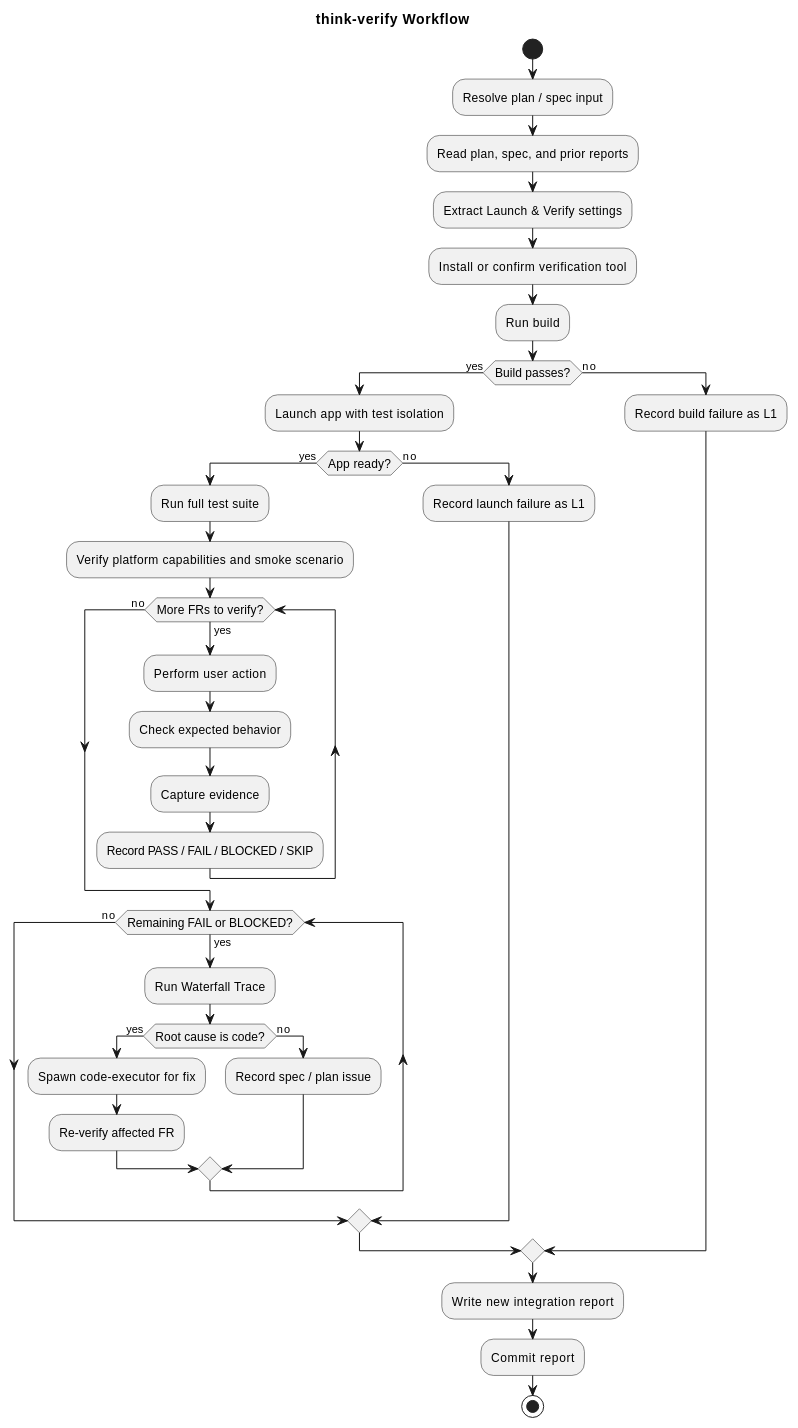
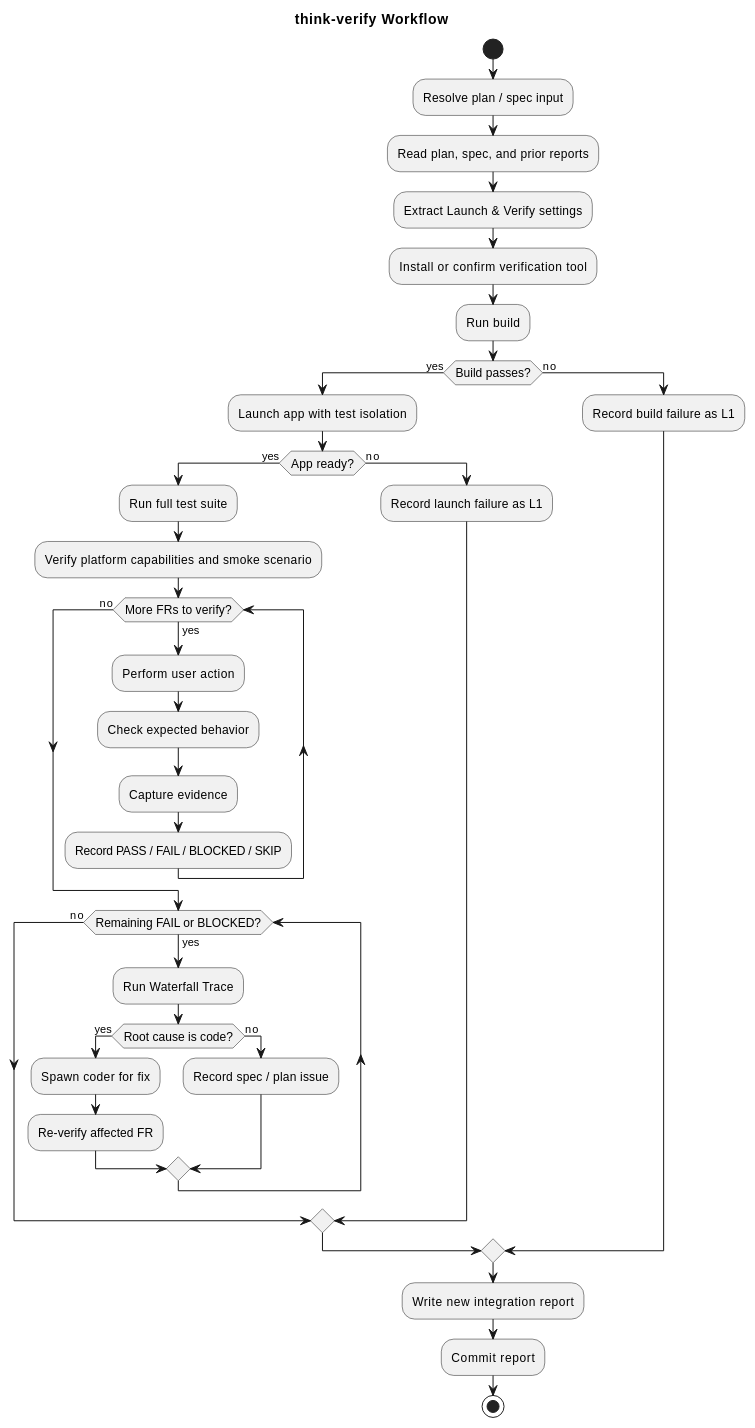
Before and after one commit to studykit/studykit-marketplace: the diagram in plugins/think/skills/think-verify/README.md, drawn with PlantUML. The commit also changed 9 other files, not shown here.

First line of the commit message:
refactor(think): rename code-executor agent to coder

````diff
--- a/plugins/think/skills/think-verify/README.md
+++ b/plugins/think/skills/think-verify/README.md
@@ -7,46 +7,46 @@
 ```plantuml
 @startuml think-verify-workflow
 title think-verify Workflow
 skinparam activityFontSize 12
 
 start
 :Resolve plan / spec input;
 :Read plan, spec, and prior reports;
 :Extract Launch & Verify settings;
 :Install or confirm verification tool;
 
 :Run build;
 if (Build passes?) then (yes)
   :Launch app with test isolation;
   if (App ready?) then (yes)
     :Run full test suite;
     :Verify platform capabilities and smoke scenario;
 
     while (More FRs to verify?) is (yes)
       :Perform user action;
       :Check expected behavior;
       :Capture evidence;
       :Record PASS / FAIL / BLOCKED / SKIP;
     endwhile (no)
 
     while (Remaining FAIL or BLOCKED?) is (yes)
       :Run Waterfall Trace;
       if (Root cause is code?) then (yes)
-        :Spawn code-executor for fix;
+        :Spawn coder for fix;
         :Re-verify affected FR;
       else (no)
         :Record spec / plan issue;
       endif
     endwhile (no)
   else (no)
     :Record launch failure as L1;
   endif
 else (no)
   :Record build failure as L1;
 endif
 
 :Write new integration report;
 :Commit report;
 stop
 @enduml
 ```
````
